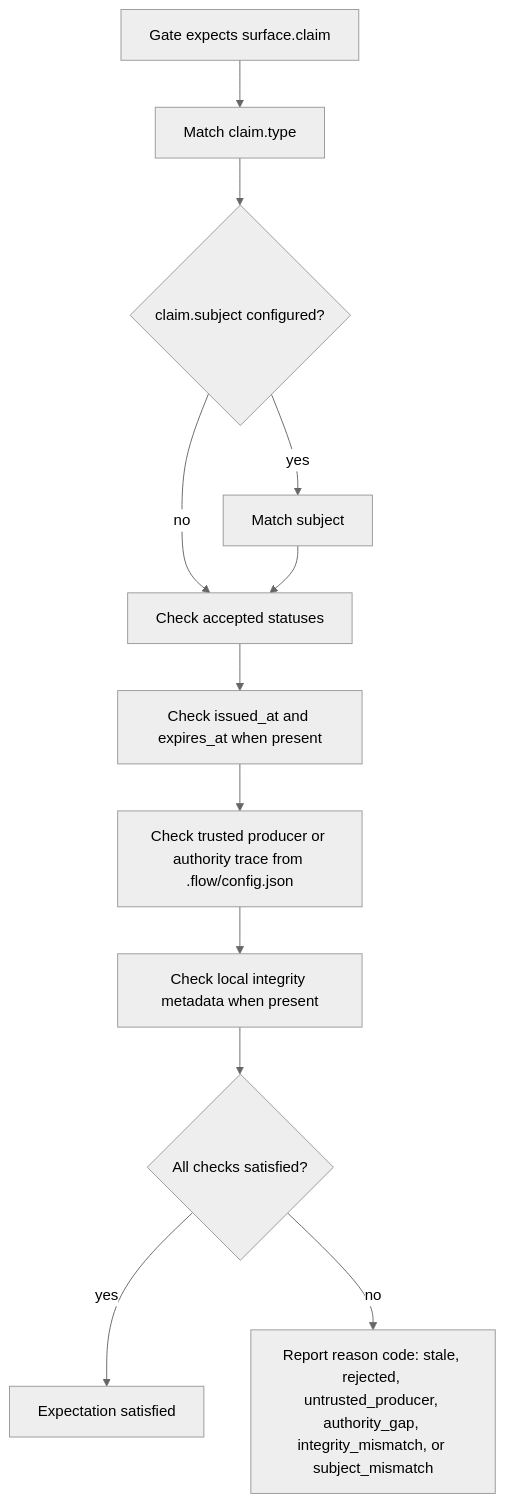
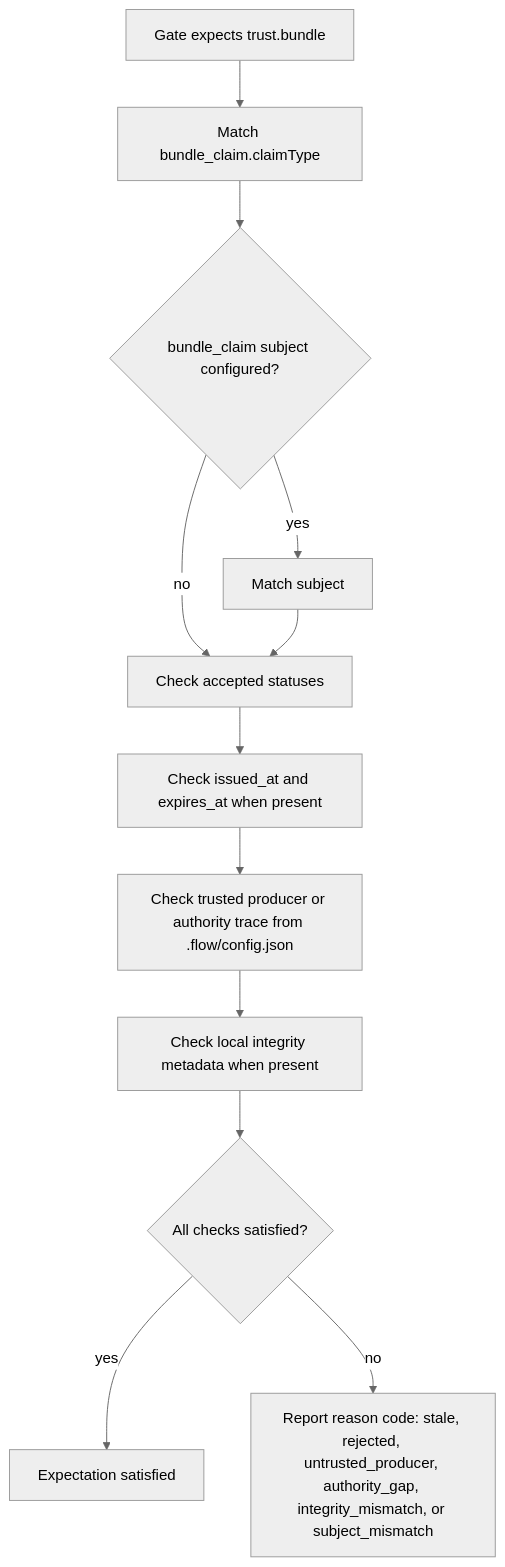
One commit to kontourai/flow changed the sixth of 7 diagrams in docs/developer-architecture.md. Above: the diagram before and after it, drawn with Mermaid (neutral theme). The commit also changed other lines of this file and 17 other files, not shown here.

Commit message:
Align gate expectation vocabulary with trust bundles (#92)

````diff
--- a/docs/developer-architecture.md
+++ b/docs/developer-architecture.md
@@ -149,14 +149,14 @@
 ```mermaid
 flowchart TD
-  Expectation["Gate expects surface.claim"] --> MatchType["Match claim.type"]
-  MatchType --> MatchSubject{"claim.subject configured?"}
+  Expectation["Gate expects trust.bundle"] --> MatchType["Match bundle_claim.claimType"]
+  MatchType --> MatchSubject{"bundle_claim subject configured?"}
   MatchSubject -->|yes| Subject["Match subject"]
   MatchSubject -->|no| Status["Check accepted statuses"]
   Subject --> Status
   Status --> Freshness["Check issued_at and expires_at when present"]
   Freshness --> Producer["Check trusted producer or authority trace from .flow/config.json"]
   Producer --> Integrity["Check local integrity metadata when present"]
   Integrity --> Decision{"All checks satisfied?"}
   Decision -->|yes| Trusted["Expectation satisfied"]
   Decision -->|no| Diagnostic["Report reason code: stale, rejected, untrusted_producer, authority_gap, integrity_mismatch, or subject_mismatch"]
 ```
````
